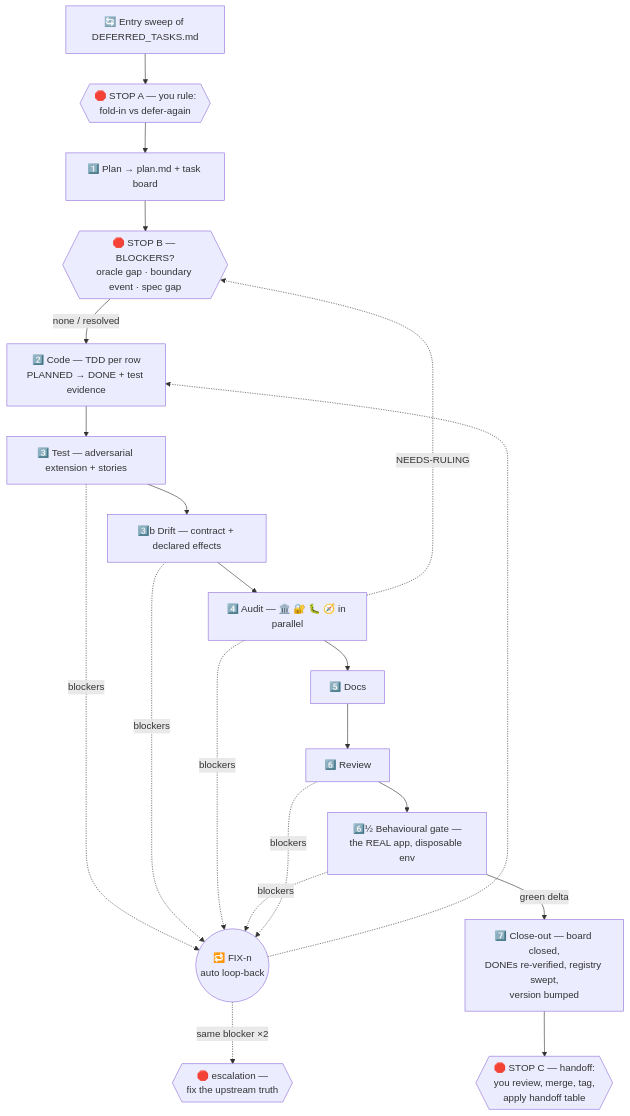
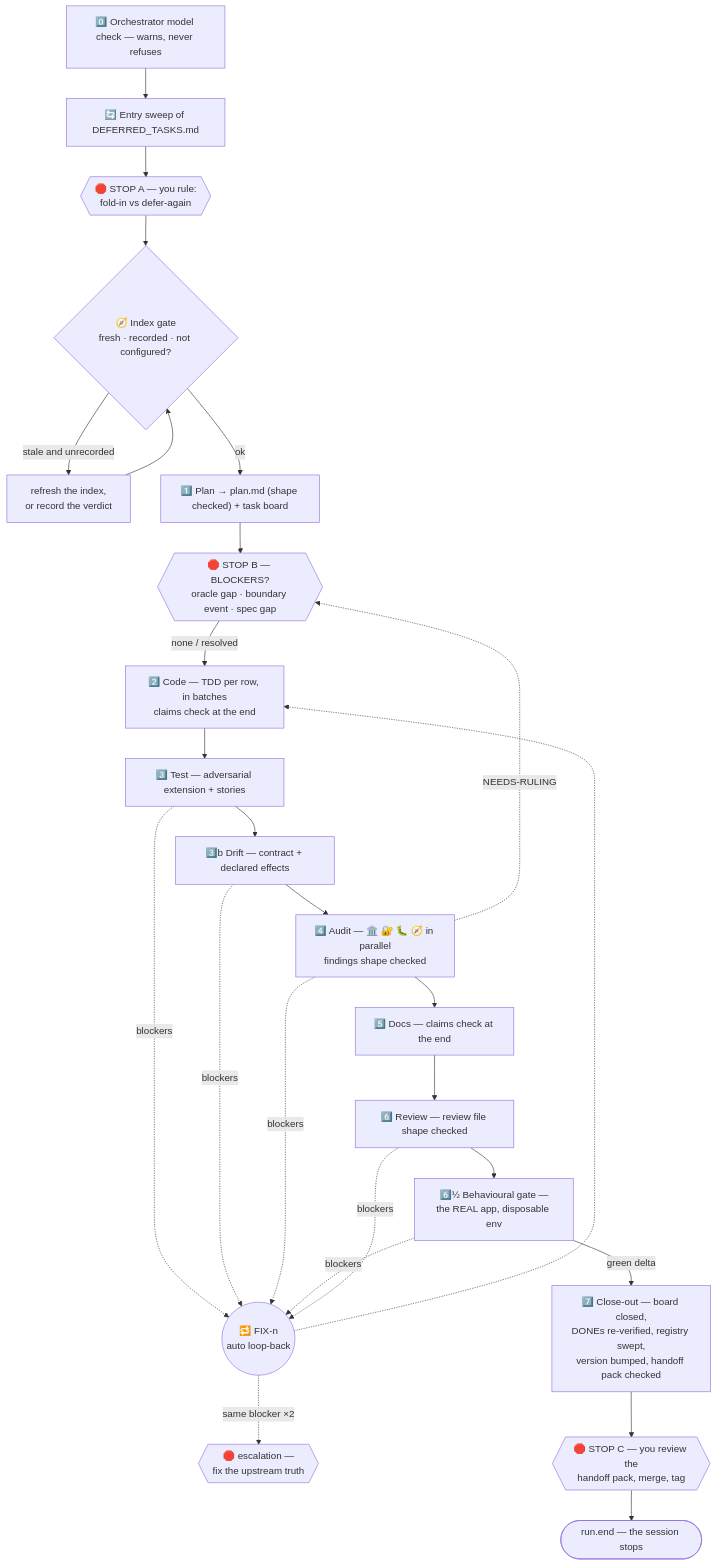
One commit to geopjinfo/builder-pipeline changed the first of 2 diagrams in USAGE.md. Above: the diagram before and after it, drawn with Mermaid. The commit also changed other lines of this file and 58 other files, not shown here.

````diff
--- a/USAGE.md
+++ b/USAGE.md
@@ -33,18 +35,22 @@
 ```mermaid
 flowchart TD
-    SWEEP["🔄 Entry sweep of DEFERRED_TASKS.md"] --> STOPA{{"🛑 STOP A — you rule:<br/>fold-in vs defer-again"}}
-    STOPA --> PLAN["1️⃣ Plan → plan.md + task board"]
+    P0["0️⃣ Orchestrator model check — warns, never refuses"] --> SWEEP["🔄 Entry sweep of DEFERRED_TASKS.md"]
+    SWEEP --> STOPA{{"🛑 STOP A — you rule:<br/>fold-in vs defer-again"}}
+    STOPA --> IDX{"🧭 Index gate<br/>fresh · recorded · not configured?"}
+    IDX -->|"stale and unrecorded"| REFRESH["refresh the index,<br/>or record the verdict"] --> IDX
+    IDX -->|ok| PLAN["1️⃣ Plan → plan.md (shape checked) + task board"]
     PLAN --> STOPB{{"🛑 STOP B — BLOCKERS?<br/>oracle gap · boundary event · spec gap"}}
-    STOPB -->|none / resolved| CODE["2️⃣ Code — TDD per row<br/>PLANNED → DONE + test evidence"]
+    STOPB -->|none / resolved| CODE["2️⃣ Code — TDD per row, in batches<br/>claims check at the end"]
     CODE --> TEST["3️⃣ Test — adversarial extension + stories"]
     TEST --> DRIFT["3️⃣b Drift — contract + declared effects"]
-    DRIFT --> AUDIT["4️⃣ Audit — 🏛️ 🔐 🐛 🧭 in parallel"]
-    AUDIT --> DOCS["5️⃣ Docs"]
-    DOCS --> REVIEW["6️⃣ Review"]
+    DRIFT --> AUDIT["4️⃣ Audit — 🏛️ 🔐 🐛 🧭 in parallel<br/>findings shape checked"]
+    AUDIT --> DOCS["5️⃣ Docs — claims check at the end"]
+    DOCS --> REVIEW["6️⃣ Review — review file shape checked"]
     REVIEW --> QA["6️⃣½ Behavioural gate —<br/>the REAL app, disposable env"]
     TEST & DRIFT & AUDIT & QA & REVIEW -.->|blockers| LOOP(("🔁 FIX-n<br/>auto loop-back")) -.-> CODE
     LOOP -.->|"same blocker ×2"| ESC{{"🛑 escalation —<br/>fix the upstream truth"}}
     AUDIT -.->|NEEDS-RULING| STOPB
-    QA -->|green delta| CLOSE["7️⃣ Close-out — board closed,<br/>DONEs re-verified, registry swept,<br/>version bumped"]
-    CLOSE --> STOPC{{"🛑 STOP C — handoff:<br/>you review, merge, tag,<br/>apply handoff table"}}
+    QA -->|green delta| CLOSE["7️⃣ Close-out — board closed,<br/>DONEs re-verified, registry swept,<br/>version bumped, handoff pack checked"]
+    CLOSE --> STOPC{{"🛑 STOP C — you review the<br/>handoff pack, merge, tag"}}
+    STOPC --> END(["run.end — the session stops"])
 ```
````
